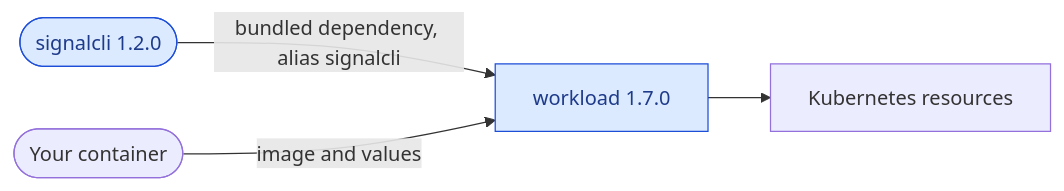
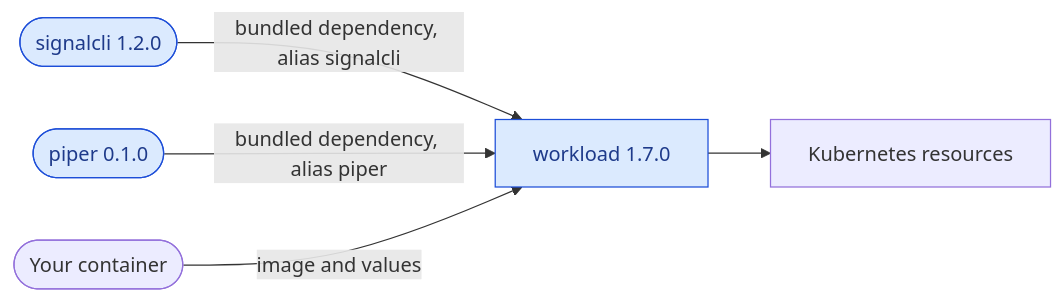
The diagram in README.md (f2calv/helm-charts), drawn with Mermaid before and after one commit. The commit also changed other lines of this file and 17 other files, not shown here.

First line of the commit message:
feat(piper): add Wyoming text-to-speech chart

````diff
--- a/README.md
+++ b/README.md
@@ -41,8 +43,9 @@
 ```mermaid
 graph LR
   Signal(["signalcli 1.2.0"]) -->|bundled dependency, alias signalcli| Workload["workload 1.7.0"]
+  Piper(["piper 0.1.0"]) -->|bundled dependency, alias piper| Workload
   Consumer([Your container]) -->|image and values| Workload
   Workload --> Resources[Kubernetes resources]
   classDef owned fill:#dbeafe,stroke:#1d4ed8,color:#1e3a8a
-  class Signal,Workload owned
+  class Signal,Piper,Workload owned
 ```
````
